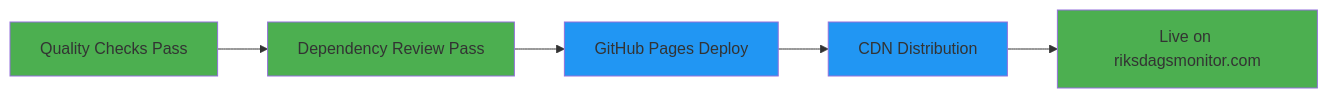
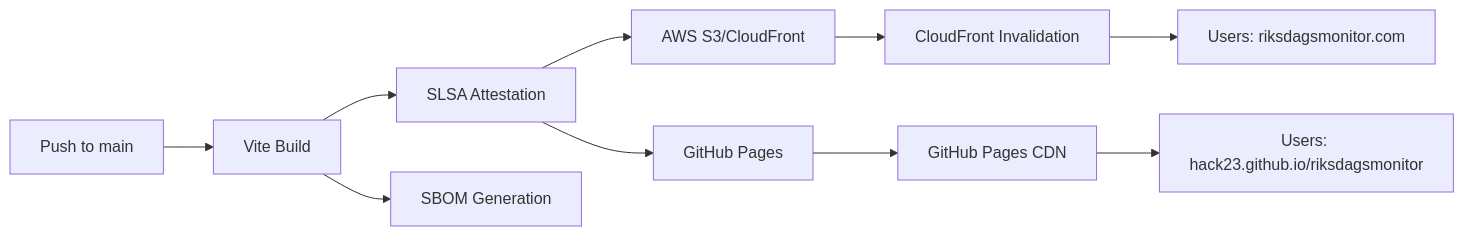
One commit to Hack23/riksdagsmonitor changed the second of 2 diagrams in WORKFLOWS.md. Above: the diagram before and after it, drawn with Mermaid. The commit also changed other lines of this file and 12 other files, not shown here.

````diff
--- a/WORKFLOWS.md
+++ b/WORKFLOWS.md
@@ -1259,13 +532,12 @@
 ```mermaid
 graph LR
-    A[Quality Checks Pass] --> B[Dependency Review Pass]
-    B --> C[GitHub Pages Deploy]
-    C --> D[CDN Distribution]
-    D --> E[Live on riksdagsmonitor.com]
-    
-    style A fill:#4caf50
-    style B fill:#4caf50
-    style C fill:#2196f3
-    style D fill:#2196f3
-    style E fill:#4caf50
+    P[Push to main] --> B[Vite Build]
+    B --> A1[SLSA Attestation]
+    B --> A2[SBOM Generation]
+    A1 --> D1[AWS S3/CloudFront]
+    A1 --> D2[GitHub Pages]
+    D1 --> CF[CloudFront Invalidation]
+    D2 --> GH[GitHub Pages CDN]
+    CF --> U[Users: riksdagsmonitor.com]
+    GH --> U2[Users: hack23.github.io/riksdagsmonitor]
 ```
````
